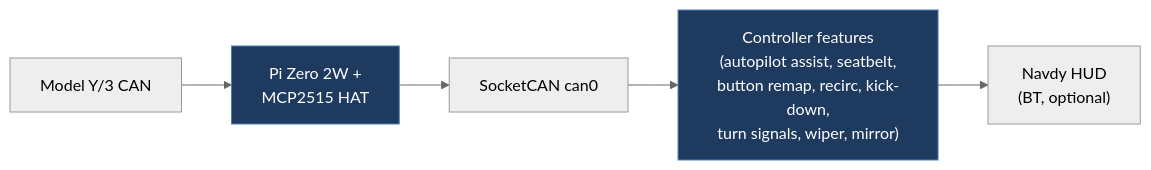
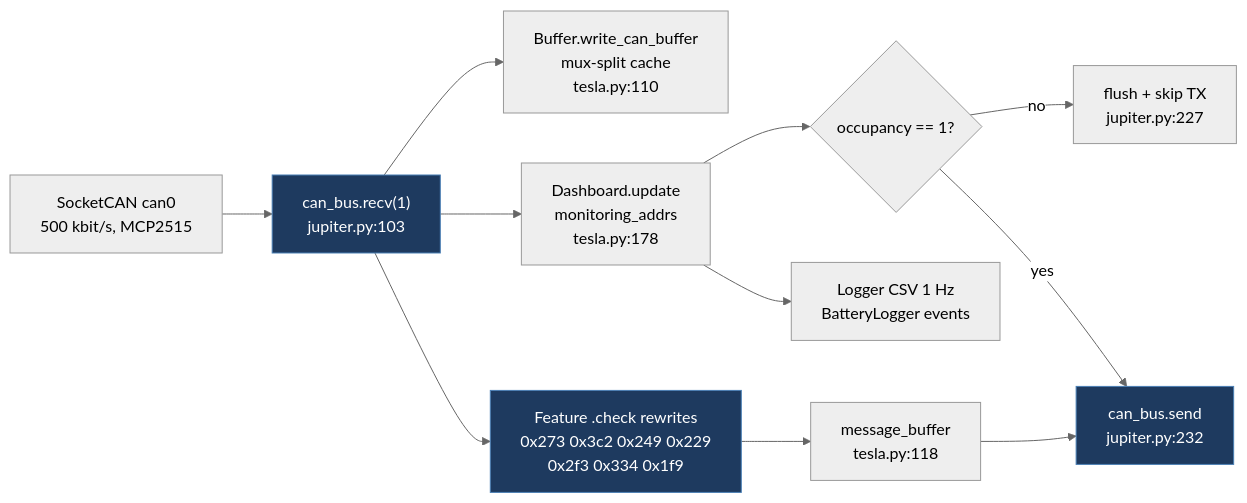
One commit to babico/TeslaCANModder changed the first of 3 diagrams in docs/legacy/canhackers-jupiter.md. Above: the diagram before and after it, drawn with Mermaid (neutral theme). The commit also changed other lines of this file and 99 other files, not shown here.

````diff
--- a/docs/legacy/canhackers-jupiter.md
+++ b/docs/legacy/canhackers-jupiter.md
@@ -26,9 +85,15 @@
 ```mermaid
 flowchart LR
-    Car["Model Y/3 CAN"] --> Pi["Pi Zero 2W +<br/>MCP2515 HAT"]
-    Pi --> Socket["SocketCAN can0"]
-    Socket --> Ctrl["Controller features<br/>(autopilot assist, seatbelt,<br/>button remap, recirc, kick-down,<br/>turn signals, wiper, mirror)"]
-    Ctrl --> Navdy["Navdy HUD<br/>(BT, optional)"]
+    Bus["SocketCAN can0<br/>500 kbit/s, MCP2515"] --> Rx["can_bus.recv(1)<br/>jupiter.py:103"]
+    Rx --> Cache["Buffer.write_can_buffer<br/>mux-split cache<br/>tesla.py:110"]
+    Rx --> Dash["Dashboard.update<br/>monitoring_addrs<br/>tesla.py:178"]
+    Rx --> Feat["Feature .check rewrites<br/>0x273 0x3c2 0x249 0x229<br/>0x2f3 0x334 0x1f9"]
+    Feat --> Txq["message_buffer<br/>tesla.py:118"]
+    Dash --> Occ{"occupancy == 1?"}
+    Occ -->|no| Drop["flush + skip TX<br/>jupiter.py:227"]
+    Occ -->|yes| Tx["can_bus.send<br/>jupiter.py:232"]
+    Txq --> Tx
+    Dash --> Log["Logger CSV 1 Hz<br/>BatteryLogger events"]
     classDef path fill:#1e3a5f,stroke:#4a7fb5,color:#fff
-    class Pi,Ctrl path
+    class Rx,Feat,Tx path
 ```
````
